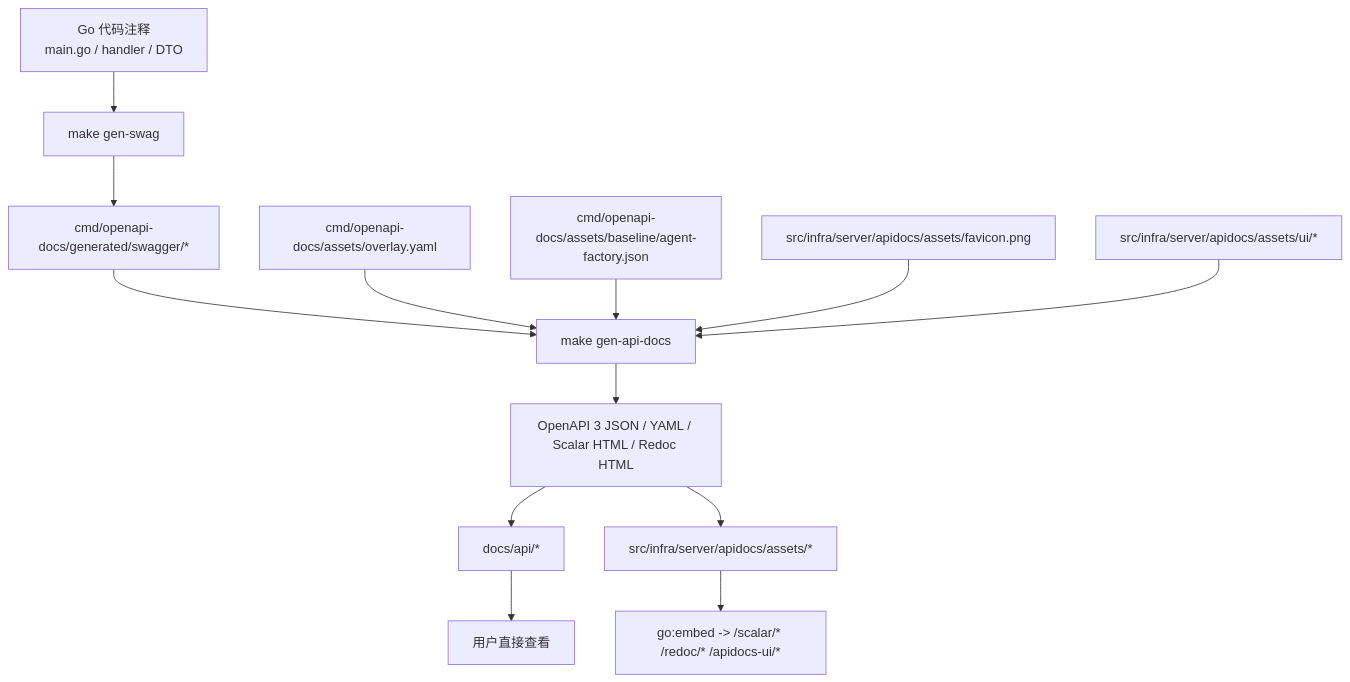
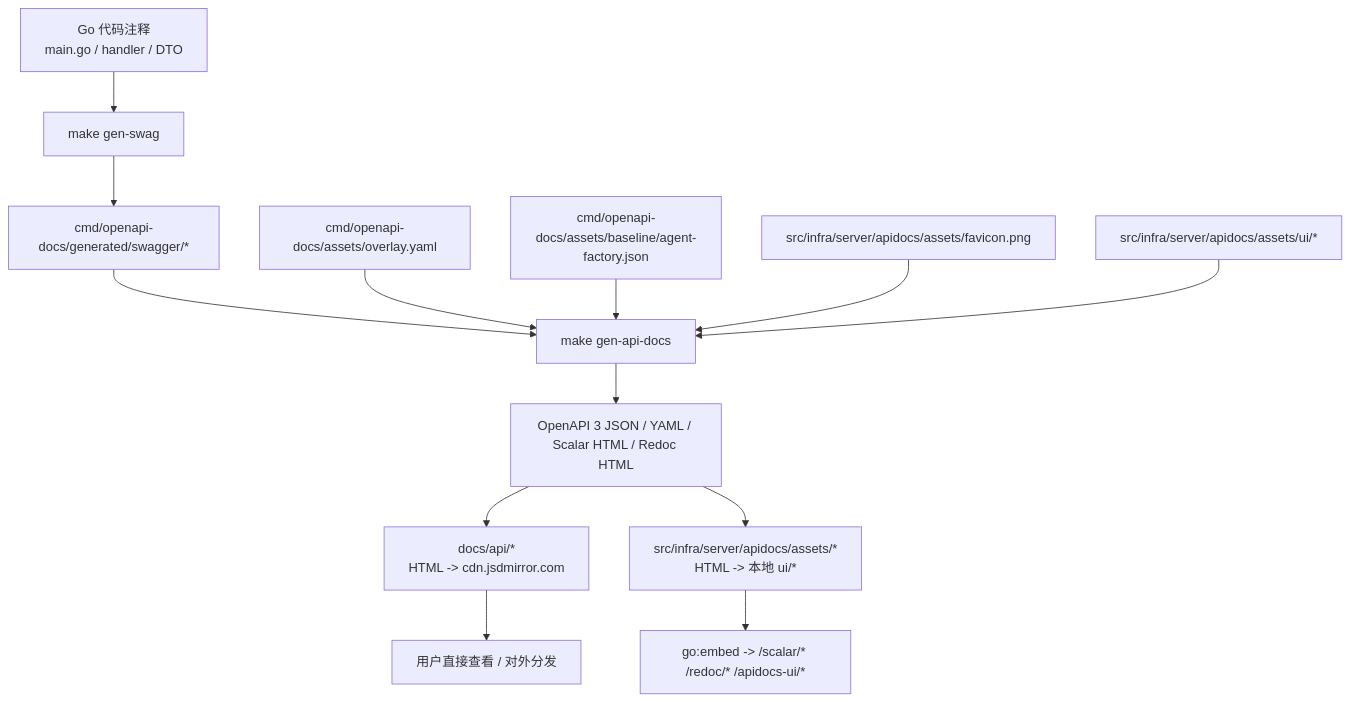
Before and after one commit to kweaver-ai/kweaver: the diagram in decision-agent/agent-backend/agent-factory/cmd/openapi-docs/docs/swagger_openapi_pipeline.md, drawn with Mermaid. The commit also changed other lines of this file and 19 other files, not shown here.

First line of the commit message:
refactor(agent-factory): split OpenAPI renderer into CDN and runtime versions

````diff
--- a/decision-agent/agent-backend/agent-factory/cmd/openapi-docs/docs/swagger_openapi_pipeline.md
+++ b/decision-agent/agent-backend/agent-factory/cmd/openapi-docs/docs/swagger_openapi_pipeline.md
@@ -14,15 +14,15 @@
 ```mermaid
 flowchart TD
     A["Go 代码注释<br/>main.go / handler / DTO"] --> B["make gen-swag"]
     B --> C["cmd/openapi-docs/generated/swagger/*"]
     C --> D["make gen-api-docs"]
     E["cmd/openapi-docs/assets/overlay.yaml"] --> D
     F["cmd/openapi-docs/assets/baseline/agent-factory.json"] --> D
     G["src/infra/server/apidocs/assets/favicon.png"] --> D
     M["src/infra/server/apidocs/assets/ui/*"] --> D
     D --> H["OpenAPI 3 JSON / YAML / Scalar HTML / Redoc HTML"]
-    H --> I["docs/api/*"]
-    H --> J["src/infra/server/apidocs/assets/*"]
-    I --> K["用户直接查看"]
+    H --> I["docs/api/*<br/>HTML -> cdn.jsdmirror.com"]
+    H --> J["src/infra/server/apidocs/assets/*<br/>HTML -> 本地 ui/*"]
+    I --> K["用户直接查看 / 对外分发"]
     J --> L["go:embed -> /scalar/* /redoc/* /apidocs-ui/*"]
 ```
````
